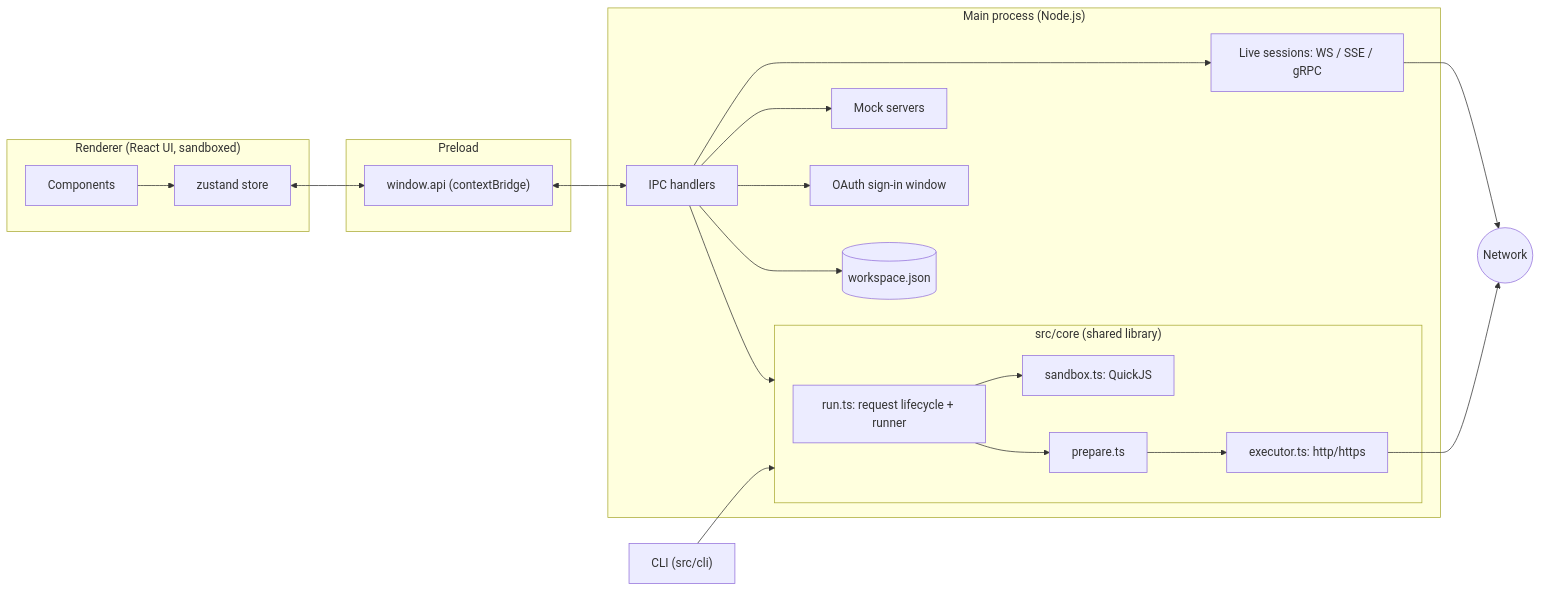
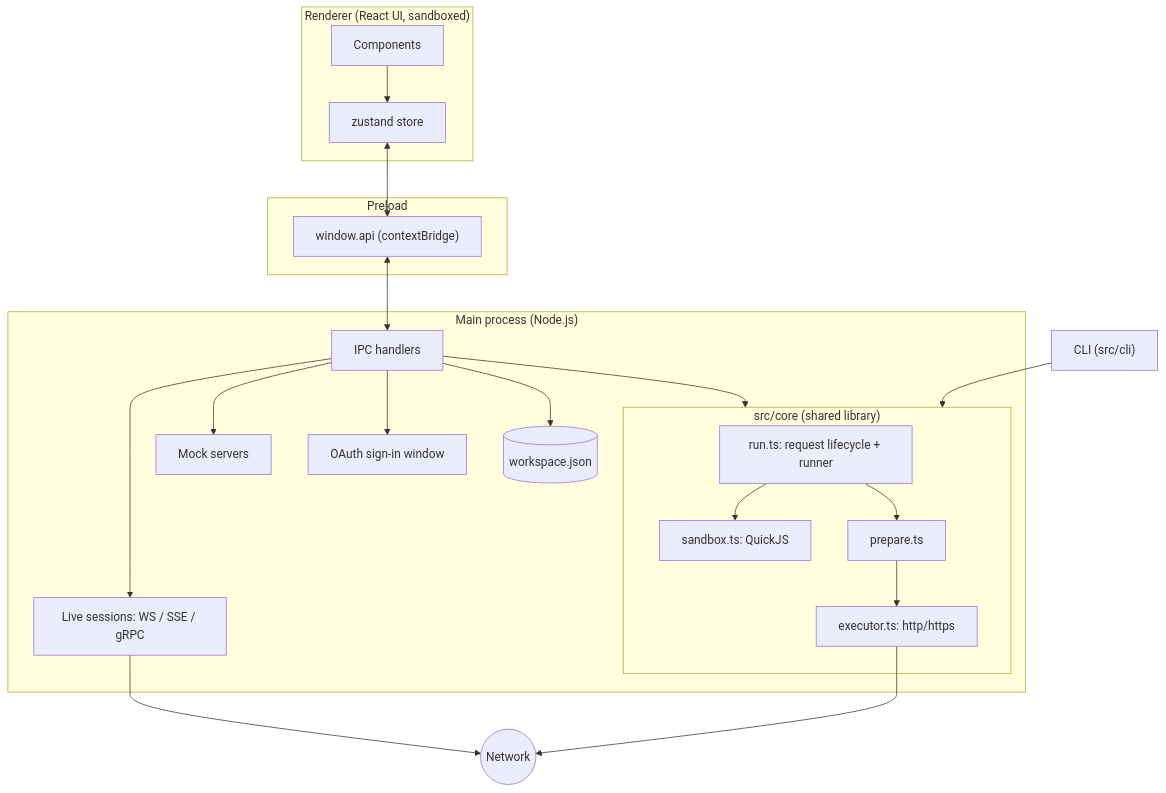
Before and after one commit to gkravi/apiman: the diagram in docs/development/architecture.md, drawn with Mermaid. The commit also changed 12 other files, not shown here.

````diff
--- a/docs/development/architecture.md
+++ b/docs/development/architecture.md
@@ -8,24 +8,24 @@
 ```mermaid
-flowchart LR
+flowchart TB
   subgraph Renderer["Renderer (React UI, sandboxed)"]
     UI[Components] --> Store[zustand store]
   end
   subgraph Preload
     API["window.api (contextBridge)"]
   end
   subgraph Main["Main process (Node.js)"]
     IPC[IPC handlers] --> Core
     IPC --> Sessions[Live sessions: WS / SSE / gRPC]
     IPC --> Mocks[Mock servers]
     IPC --> OAuth[OAuth sign-in window]
     IPC --> Storage[(workspace.json)]
   end
   subgraph Core["src/core (shared library)"]
     Run[run.ts: request lifecycle + runner] --> Sandbox[sandbox.ts: QuickJS]
     Run --> Prepare[prepare.ts] --> Exec[executor.ts: http/https]
   end
   CLI["CLI (src/cli)"] --> Core
   Store <--> API <--> IPC
   Exec --> Net((Network))
   Sessions --> Net
 ```
````
